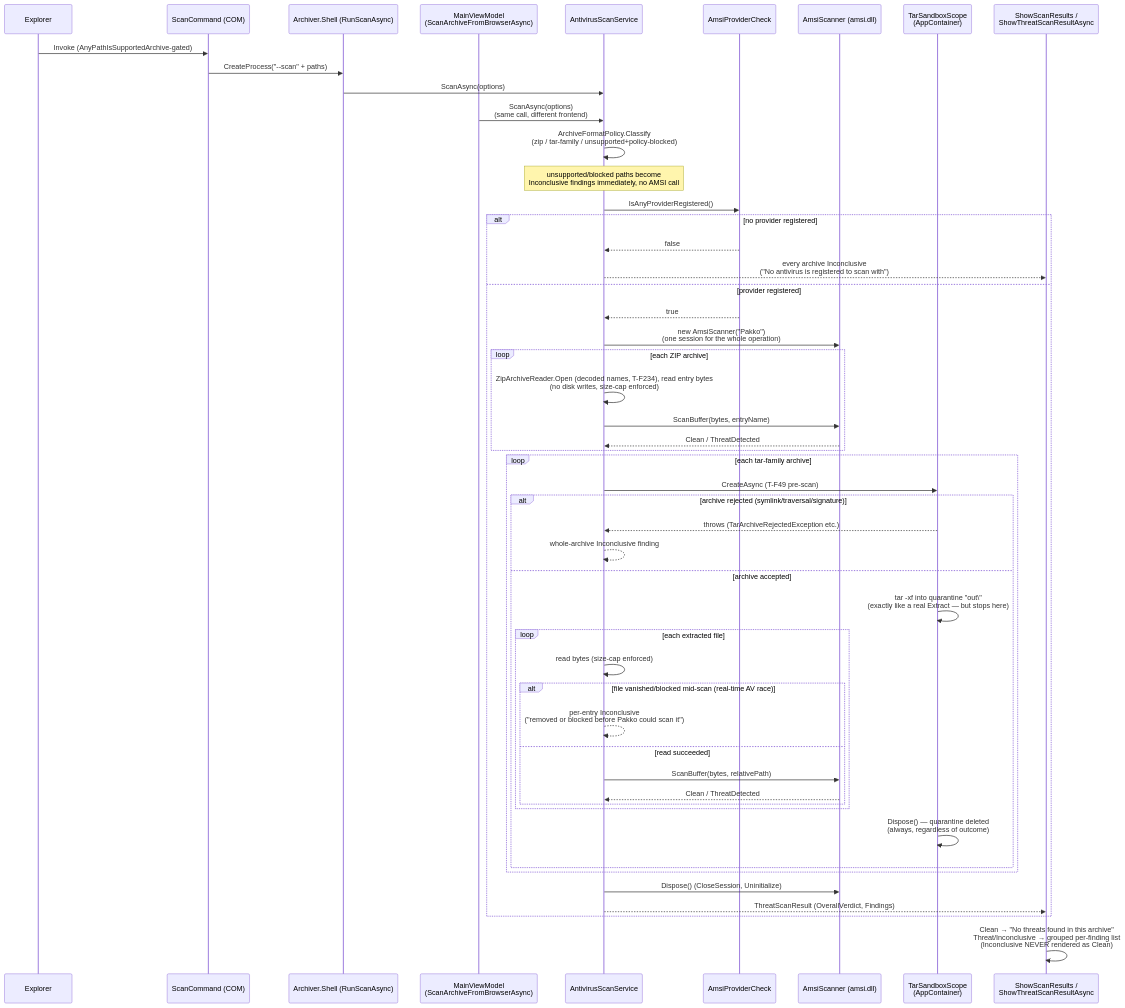
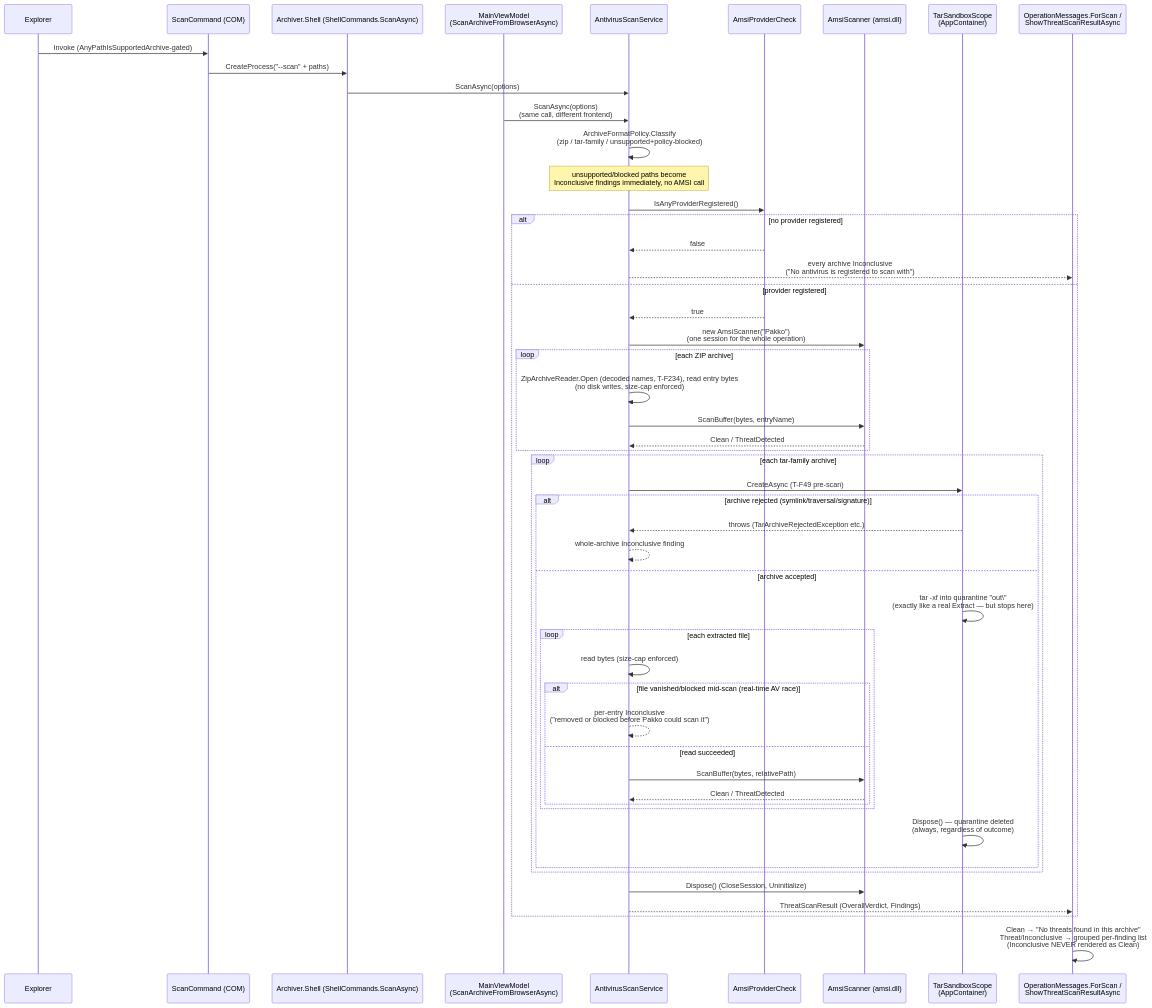
The seventh of 7 diagrams in docs/DIAGRAMS.md (pakkoapp-oss/pakko), drawn with Mermaid before and after one commit. The commit also changed other lines of this file and 3 other files, not shown here.

First line of the commit message:
docs(T-F268): step 1 - architecture, diagrams 1/3/7, decision, task progress

````diff
--- a/docs/DIAGRAMS.md
+++ b/docs/DIAGRAMS.md
@@ -837,60 +834,60 @@
 ```mermaid
 sequenceDiagram
     participant Explorer
     participant ScanCommand as ScanCommand (COM)
-    participant Shell as Archiver.Shell (RunScanAsync)
+    participant Shell as Archiver.Shell (ShellCommands.ScanAsync)
     participant Browser as MainViewModel<br/>(ScanArchiveFromBrowserAsync)
     participant Service as AntivirusScanService
     participant Provider as AmsiProviderCheck
     participant Amsi as AmsiScanner (amsi.dll)
     participant Sandbox as TarSandboxScope<br/>(AppContainer)
-    participant Dialog as ShowScanResults /<br/>ShowThreatScanResultAsync
+    participant Dialog as OperationMessages.ForScan /<br/>ShowThreatScanResultAsync
 
     Explorer->>ScanCommand: Invoke (AnyPathIsSupportedArchive-gated)
     ScanCommand->>Shell: CreateProcess("--scan" + paths)
     Shell->>Service: ScanAsync(options)
     Browser->>Service: ScanAsync(options)<br/>(same call, different frontend)
 
     Service->>Service: ArchiveFormatPolicy.Classify<br/>(zip / tar-family / unsupported+policy-blocked)
     Note over Service: unsupported/blocked paths become<br/>Inconclusive findings immediately, no AMSI call
 
     Service->>Provider: IsAnyProviderRegistered()
     alt no provider registered
         Provider-->>Service: false
         Service-->>Dialog: every archive Inconclusive<br/>("No antivirus is registered to scan with")
     else provider registered
         Provider-->>Service: true
         Service->>Amsi: new AmsiScanner("Pakko")<br/>(one session for the whole operation)
 
         loop each ZIP archive
             Service->>Service: ZipArchiveReader.Open (decoded names, T-F234), read entry bytes<br/>(no disk writes, size-cap enforced)
             Service->>Amsi: ScanBuffer(bytes, entryName)
             Amsi-->>Service: Clean / ThreatDetected
         end
 
         loop each tar-family archive
             Service->>Sandbox: CreateAsync (T-F49 pre-scan)
             alt archive rejected (symlink/traversal/signature)
                 Sandbox-->>Service: throws (TarArchiveRejectedException etc.)
                 Service-->>Service: whole-archive Inconclusive finding
             else archive accepted
                 Sandbox->>Sandbox: tar -xf into quarantine "out\"<br/>(exactly like a real Extract — but stops here)
                 loop each extracted file
                     Service->>Service: read bytes (size-cap enforced)
                     alt file vanished/blocked mid-scan (real-time AV race)
                         Service-->>Service: per-entry Inconclusive<br/>("removed or blocked before Pakko could scan it")
                     else read succeeded
                         Service->>Amsi: ScanBuffer(bytes, relativePath)
                         Amsi-->>Service: Clean / ThreatDetected
                     end
                 end
                 Sandbox->>Sandbox: Dispose() — quarantine deleted<br/>(always, regardless of outcome)
             end
         end
 
         Service->>Amsi: Dispose() (CloseSession, Uninitialize)
         Service-->>Dialog: ThreatScanResult (OverallVerdict, Findings)
     end
 
     Dialog->>Dialog: Clean → "No threats found in this archive"<br/>Threat/Inconclusive → grouped per-finding list<br/>(Inconclusive NEVER rendered as Clean)
 ```
````
